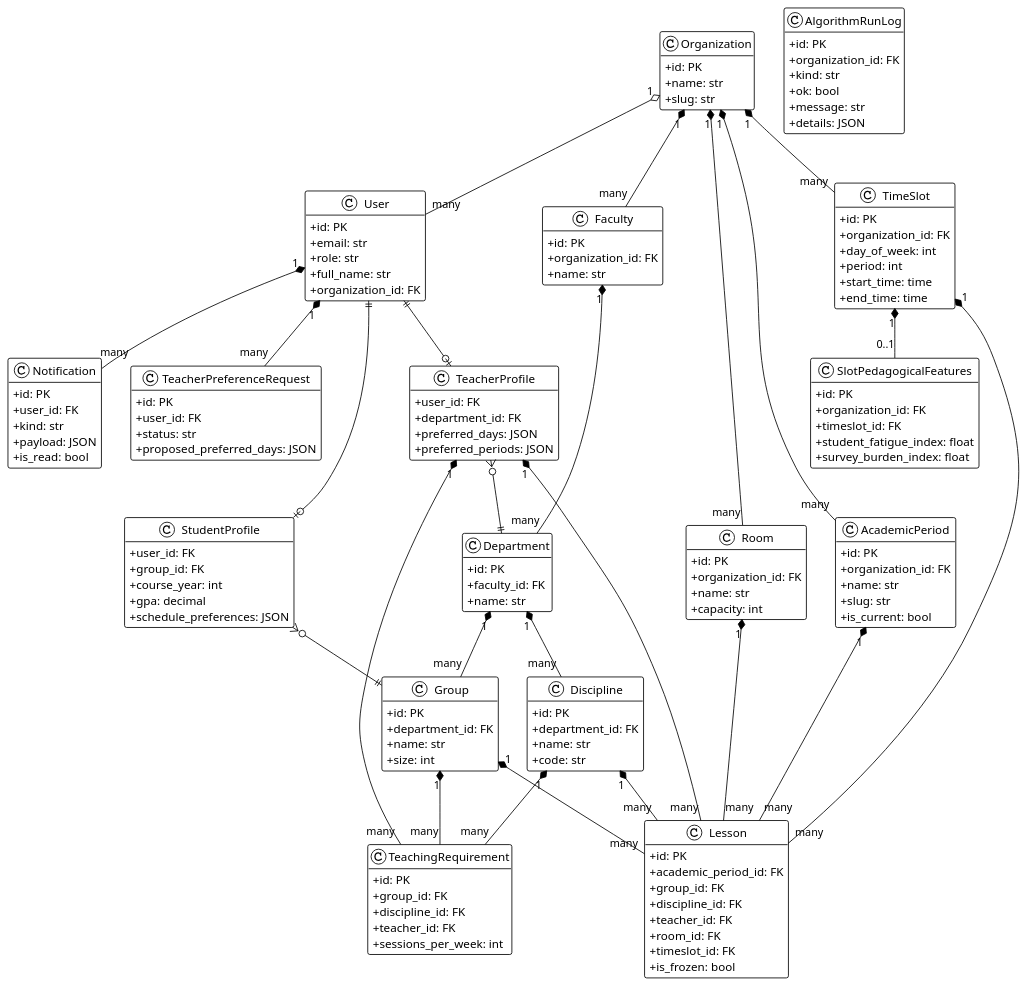
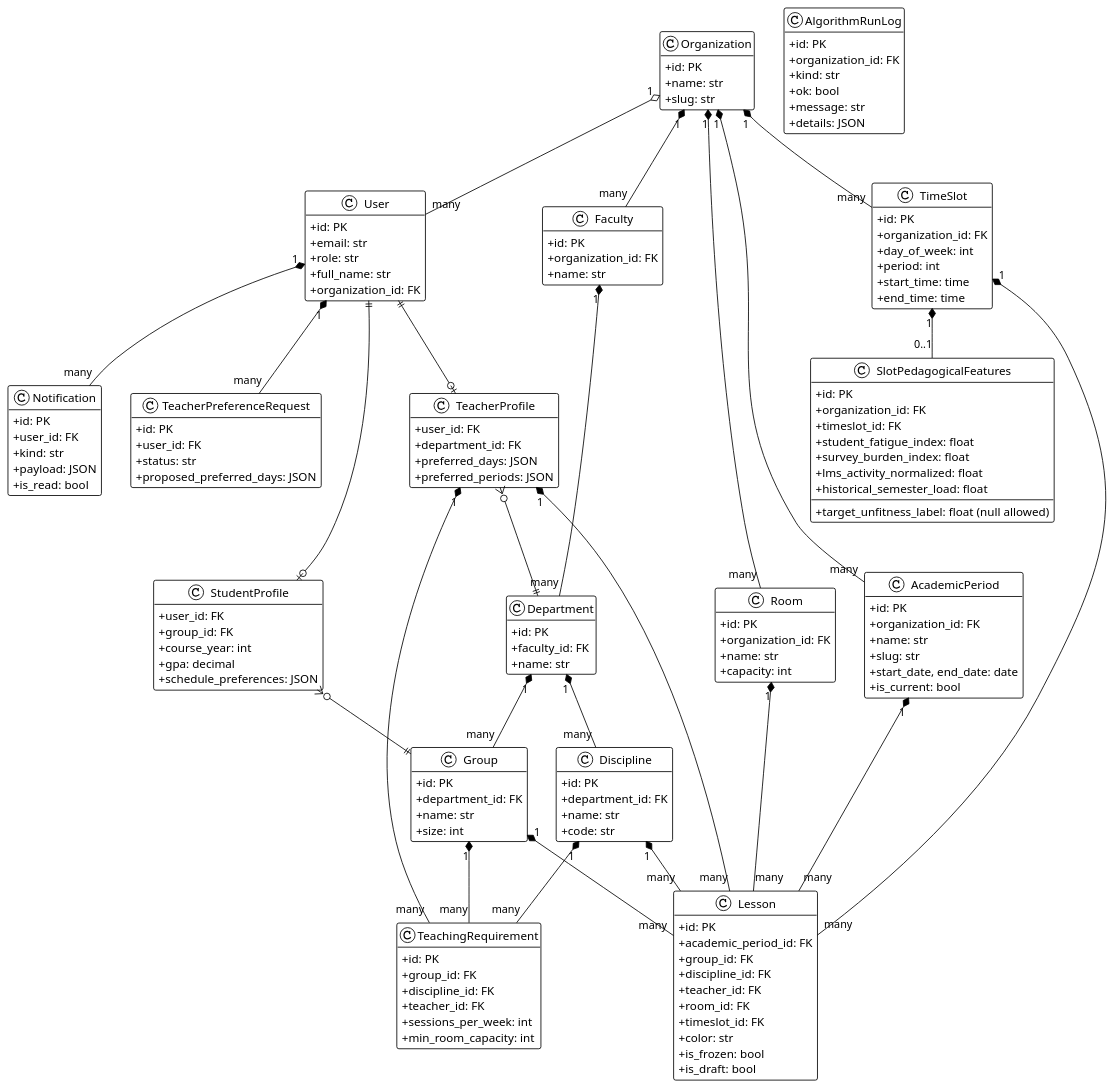
The diagram in docs/plantuml/02_class_diagram_matika.puml (Remo000000/MATIKA_PROTOTYPE), drawn with PlantUML before and after one commit. The commit also changed 7 other files, not shown here.

First line of the commit message:
docs: обновление дипломной документации и PlantUML, диаграмма компонентов, удаление генератора docx

```diff
--- a/docs/plantuml/02_class_diagram_matika.puml
+++ b/docs/plantuml/02_class_diagram_matika.puml
@@ -1,166 +1,173 @@
 @startuml MATIKA_ClassDiagram
 !theme plain
 skinparam classAttributeIconSize 0
 hide empty members
 
 class Organization {
   +id: PK
   +name: str
   +slug: str
 }
 
 class User {
   +id: PK
   +email: str
   +role: str
   +full_name: str
   +organization_id: FK
 }
 
 class StudentProfile {
   +user_id: FK
   +group_id: FK
   +course_year: int
   +gpa: decimal
   +schedule_preferences: JSON
 }
 
 class TeacherProfile {
   +user_id: FK
   +department_id: FK
   +preferred_days: JSON
   +preferred_periods: JSON
 }
 
 class Faculty {
   +id: PK
   +organization_id: FK
   +name: str
 }
 
 class Department {
   +id: PK
   +faculty_id: FK
   +name: str
 }
 
 class Group {
   +id: PK
   +department_id: FK
   +name: str
   +size: int
 }
 
 class Discipline {
   +id: PK
   +department_id: FK
   +name: str
   +code: str
 }
 
 class Room {
   +id: PK
   +organization_id: FK
   +name: str
   +capacity: int
 }
 
 class TimeSlot {
   +id: PK
   +organization_id: FK
   +day_of_week: int
   +period: int
   +start_time: time
   +end_time: time
 }
 
 class AcademicPeriod {
   +id: PK
   +organization_id: FK
   +name: str
   +slug: str
+  +start_date, end_date: date
   +is_current: bool
 }
 
 class TeachingRequirement {
   +id: PK
   +group_id: FK
   +discipline_id: FK
   +teacher_id: FK
   +sessions_per_week: int
+  +min_room_capacity: int
 }
 
 class Lesson {
   +id: PK
   +academic_period_id: FK
   +group_id: FK
   +discipline_id: FK
   +teacher_id: FK
   +room_id: FK
   +timeslot_id: FK
+  +color: str
   +is_frozen: bool
+  +is_draft: bool
 }
 
 class Notification {
   +id: PK
   +user_id: FK
   +kind: str
   +payload: JSON
   +is_read: bool
 }
 
 class SlotPedagogicalFeatures {
   +id: PK
   +organization_id: FK
   +timeslot_id: FK
   +student_fatigue_index: float
   +survey_burden_index: float
+  +lms_activity_normalized: float
+  +historical_semester_load: float
+  +target_unfitness_label: float (null allowed)
 }
 
 class AlgorithmRunLog {
   +id: PK
   +organization_id: FK
   +kind: str
   +ok: bool
   +message: str
   +details: JSON
 }
 
 class TeacherPreferenceRequest {
   +id: PK
   +user_id: FK
   +status: str
   +proposed_preferred_days: JSON
 }
 
 Organization "1" *-- "many" Faculty
 Organization "1" *-- "many" Room
 Organization "1" *-- "many" TimeSlot
 Organization "1" *-- "many" AcademicPeriod
 Organization "1" o-- "many" User
 
 Faculty "1" *-- "many" Department
 Department "1" *-- "many" Group
 Department "1" *-- "many" Discipline
 
 User ||--o| StudentProfile
 User ||--o| TeacherProfile
 TeacherProfile }o--|| Department
 StudentProfile }o--|| Group
 
 Group "1" *-- "many" TeachingRequirement
 Discipline "1" *-- "many" TeachingRequirement
 TeacherProfile "1" *-- "many" TeachingRequirement
 
 AcademicPeriod "1" *-- "many" Lesson
 Group "1" *-- "many" Lesson
 Discipline "1" *-- "many" Lesson
 TeacherProfile "1" *-- "many" Lesson
 Room "1" *-- "many" Lesson
 TimeSlot "1" *-- "many" Lesson
 
 TimeSlot "1" *-- "0..1" SlotPedagogicalFeatures
 User "1" *-- "many" Notification
 User "1" *-- "many" TeacherPreferenceRequest
 
 @enduml
```
